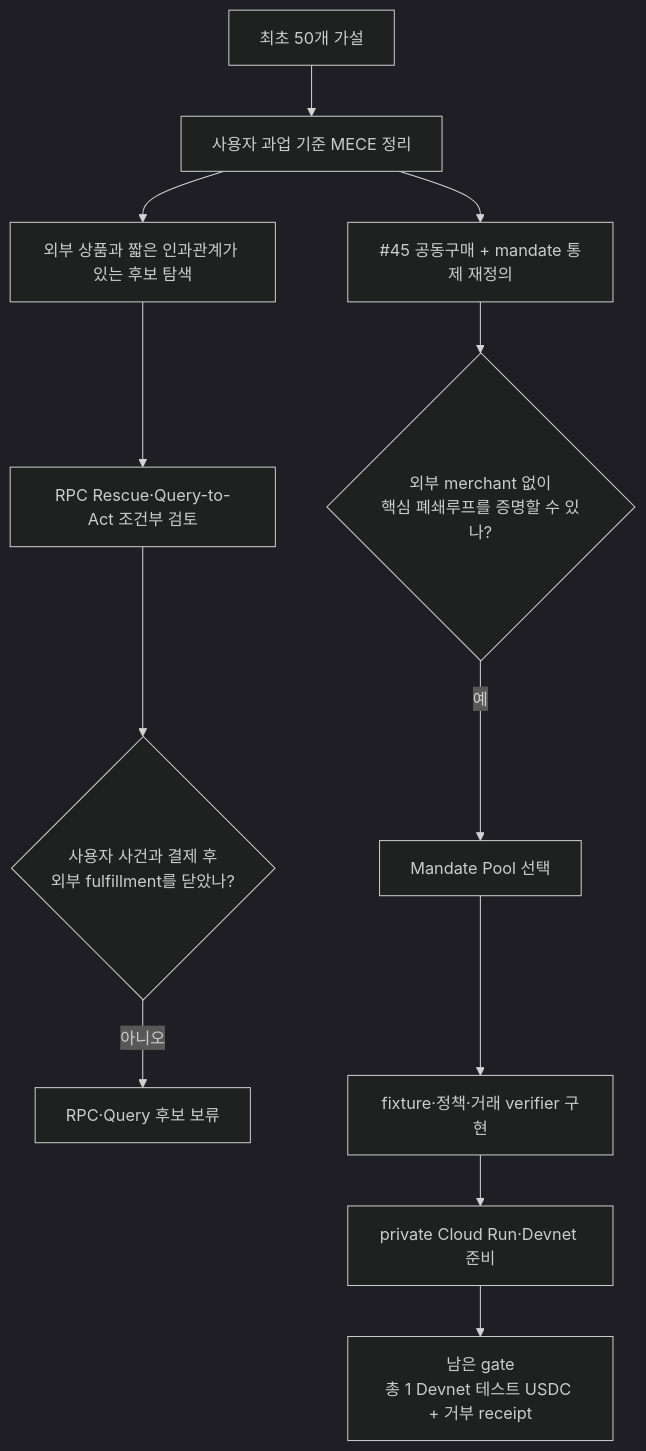
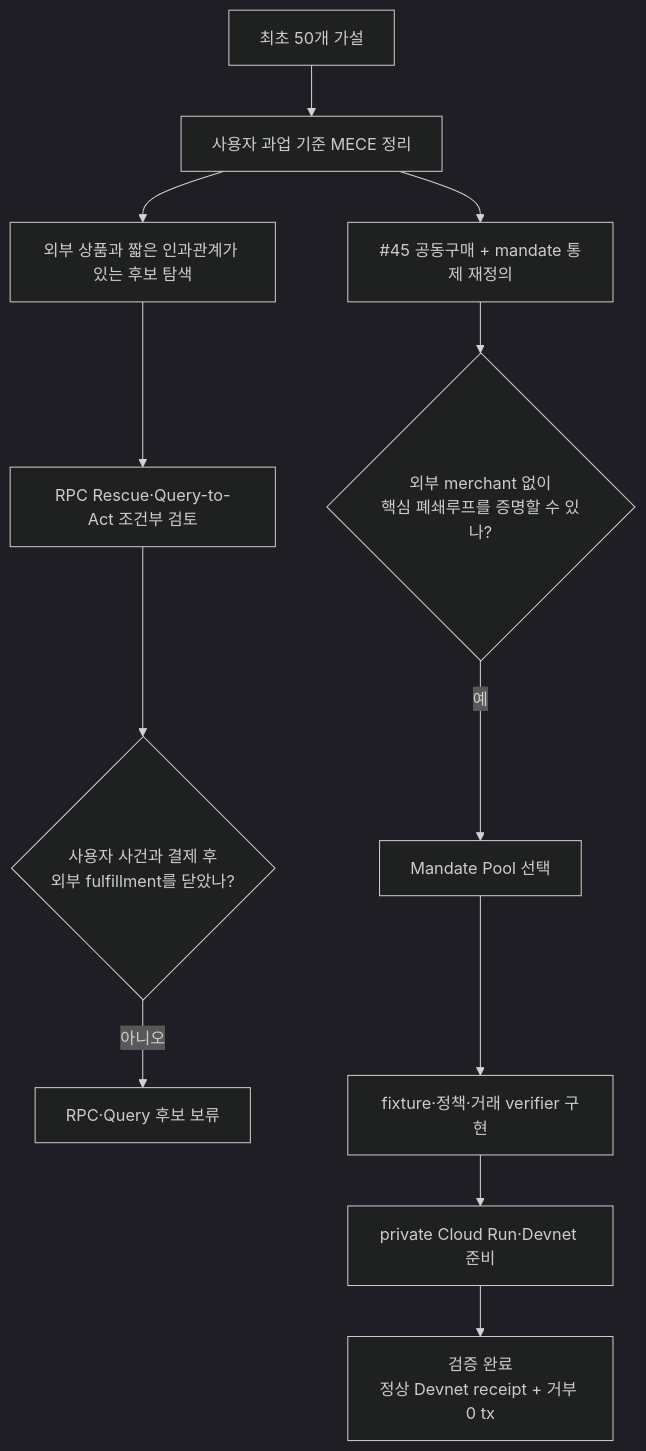
Before and after one commit to procloudkim/2026-Solana-Google: the first of 2 diagrams in research/decision-report/mece-hackathon-idea-selection.md, drawn with Mermaid (dark theme). The commit also changed other lines of this file and 16 other files, not shown here.

````diff
--- a/research/decision-report/mece-hackathon-idea-selection.md
+++ b/research/decision-report/mece-hackathon-idea-selection.md
@@ -97,14 +97,14 @@
 ```mermaid
 flowchart TD
     A["최초 50개 가설"] --> B["사용자 과업 기준 MECE 정리"]
     B --> C["외부 상품과 짧은 인과관계가 있는 후보 탐색"]
     C --> D["RPC Rescue·Query-to-Act 조건부 검토"]
     D --> E{"사용자 사건과 결제 후<br/>외부 fulfillment를 닫았나?"}
     E -->|아니오| F["RPC·Query 후보 보류"]
     B --> G["#45 공동구매 + mandate 통제 재정의"]
     G --> H{"외부 merchant 없이<br/>핵심 폐쇄루프를 증명할 수 있나?"}
     H -->|예| I["Mandate Pool 선택"]
     I --> J["fixture·정책·거래 verifier 구현"]
     J --> K["private Cloud Run·Devnet 준비"]
-    K --> L["남은 gate<br/>총 1 Devnet 테스트 USDC + 거부 receipt"]
+    K --> L["검증 완료<br/>정상 Devnet receipt + 거부 0 tx"]
 ```
````
